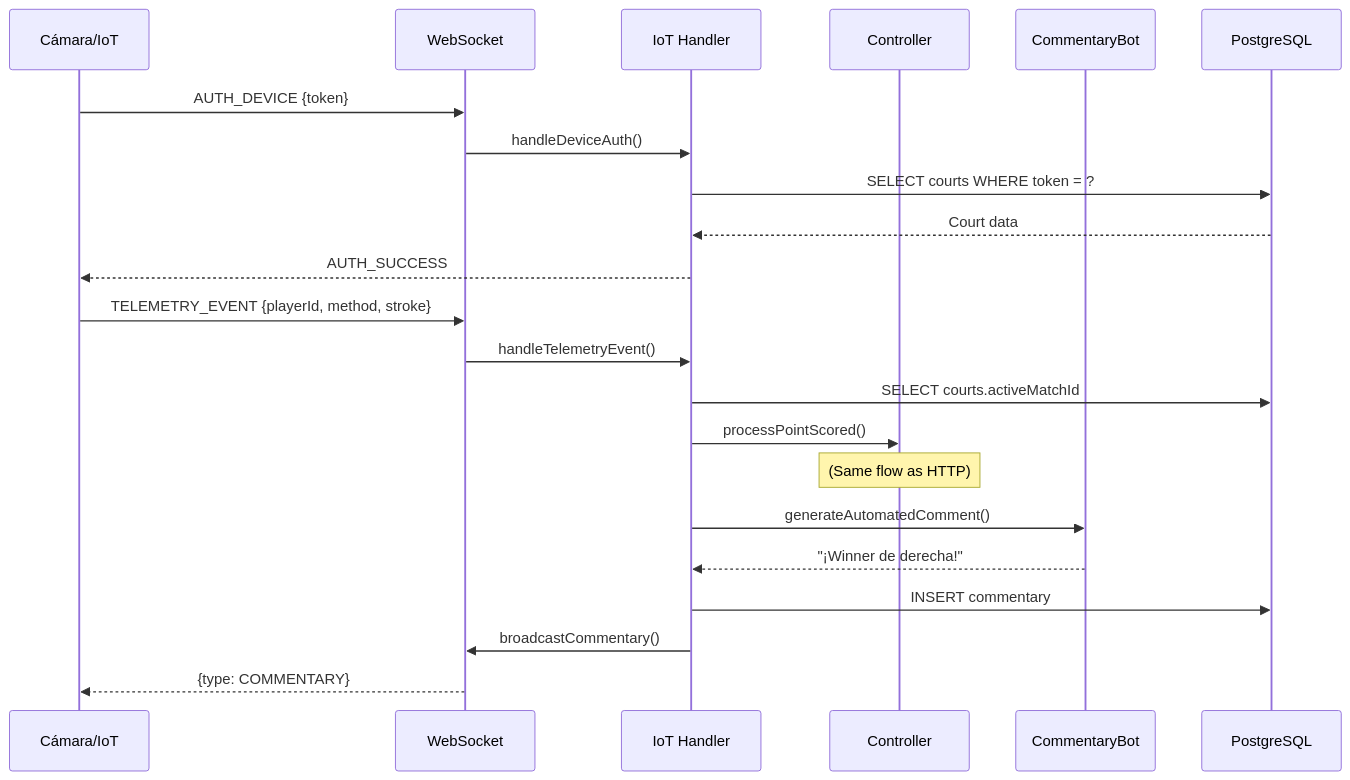
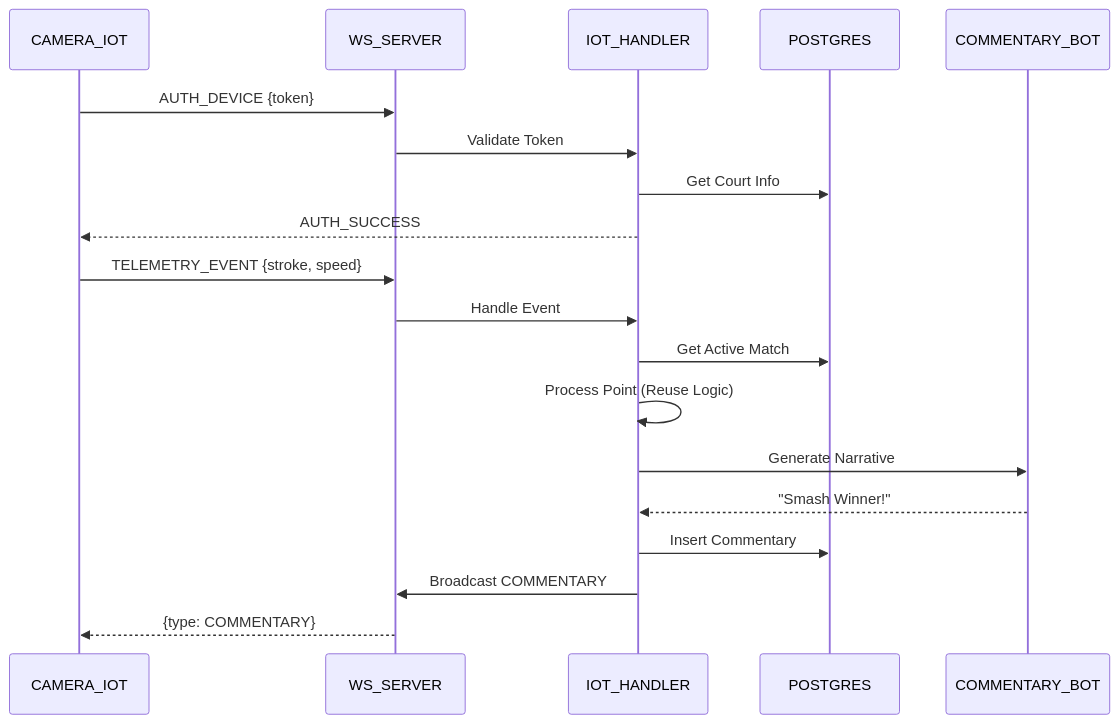
Before and after one commit to samuhlo-training/padel-counters: the fifth of 7 diagrams in docs/CURRENT_STATE_DOCS.md, drawn with Mermaid. The commit also changed other lines of this file and 21 other files, not shown here.

Commit message:
feat: Implement a match simulator, enhance match management with filtering and status, refine padel scoring logic, and update project documentation and identity.

````diff
--- a/docs/CURRENT_STATE_DOCS.md
+++ b/docs/CURRENT_STATE_DOCS.md
@@ -213,26 +179,23 @@
 ```mermaid
 sequenceDiagram
-    participant CAM as Cámara/IoT
-    participant WS as WebSocket
-    participant IoT as IoT Handler
-    participant CTRL as Controller
-    participant BOT as CommentaryBot
-    participant DB as PostgreSQL
+    participant CAM as CAMERA_IOT
+    participant WS as WS_SERVER
+    participant IOT as IOT_HANDLER
+    participant DB as POSTGRES
+    participant BOT as COMMENTARY_BOT
 
     CAM->>WS: AUTH_DEVICE {token}
-    WS->>IoT: handleDeviceAuth()
-    IoT->>DB: SELECT courts WHERE token = ?
-    DB-->>IoT: Court data
-    IoT-->>CAM: AUTH_SUCCESS
+    WS->>IOT: Validate Token
+    IOT->>DB: Get Court Info
+    IOT-->>CAM: AUTH_SUCCESS
 
-    CAM->>WS: TELEMETRY_EVENT {playerId, method, stroke}
-    WS->>IoT: handleTelemetryEvent()
-    IoT->>DB: SELECT courts.activeMatchId
-    IoT->>CTRL: processPointScored()
-    Note over CTRL: (Same flow as HTTP)
-    IoT->>BOT: generateAutomatedComment()
-    BOT-->>IoT: "¡Winner de derecha!"
-    IoT->>DB: INSERT commentary
-    IoT->>WS: broadcastCommentary()
+    CAM->>WS: TELEMETRY_EVENT {stroke, speed}
+    WS->>IOT: Handle Event
+    IOT->>DB: Get Active Match
+    IOT->>IOT: Process Point (Reuse Logic)
+    IOT->>BOT: Generate Narrative
+    BOT-->>IOT: "Smash Winner!"
+    IOT->>DB: Insert Commentary
+    IOT->>WS: Broadcast COMMENTARY
     WS-->>CAM: {type: COMMENTARY}
 ```
````
